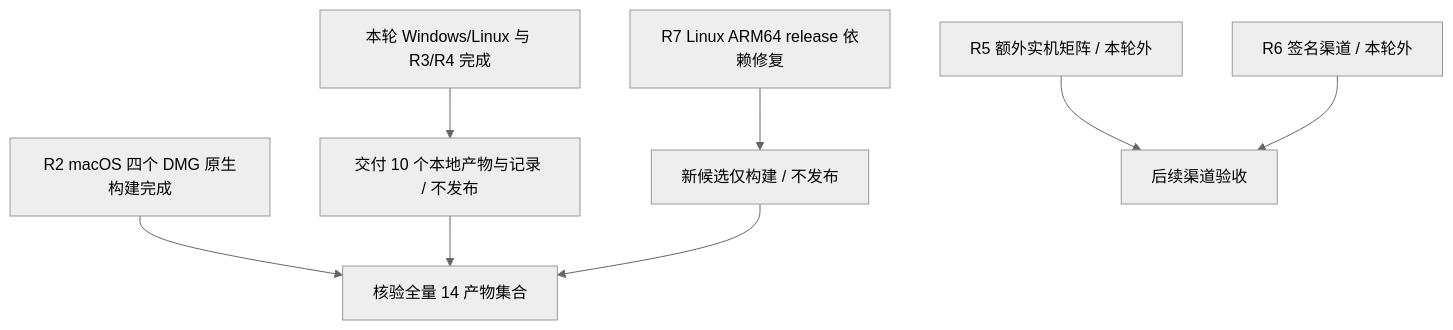
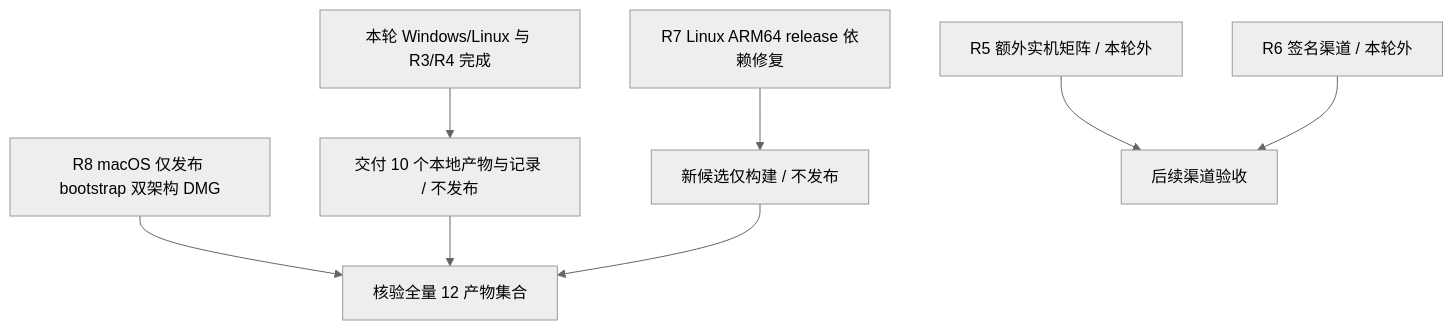
One commit to owent/xresconv-gui changed the diagram in docs/plan/08-release-follow-up.md. Above: the diagram before and after it, drawn with Mermaid (neutral theme). The commit also changed other lines of this file and 24 other files, not shown here.

````diff
--- a/docs/plan/08-release-follow-up.md
+++ b/docs/plan/08-release-follow-up.md
@@ -24,10 +24,10 @@
 ```mermaid
 flowchart TD
     Local[本轮 Windows/Linux 与 R3/R4 完成] --> Deliver[交付 10 个本地产物与记录 / 不发布]
-    Mac[R2 macOS 四个 DMG 原生构建完成] --> Full
-    Deliver --> Full[核验全量 14 产物集合]
+    Mac[R8 macOS 仅发布 bootstrap 双架构 DMG] --> Full
+    Deliver --> Full[核验全量 12 产物集合]
     Fix[R7 Linux ARM64 release 依赖修复] --> CI[新候选仅构建 / 不发布]
     CI --> Full
     R5[R5 额外实机矩阵 / 本轮外] --> Future[后续渠道验收]
     R6[R6 签名渠道 / 本轮外] --> Future
 ```
````
